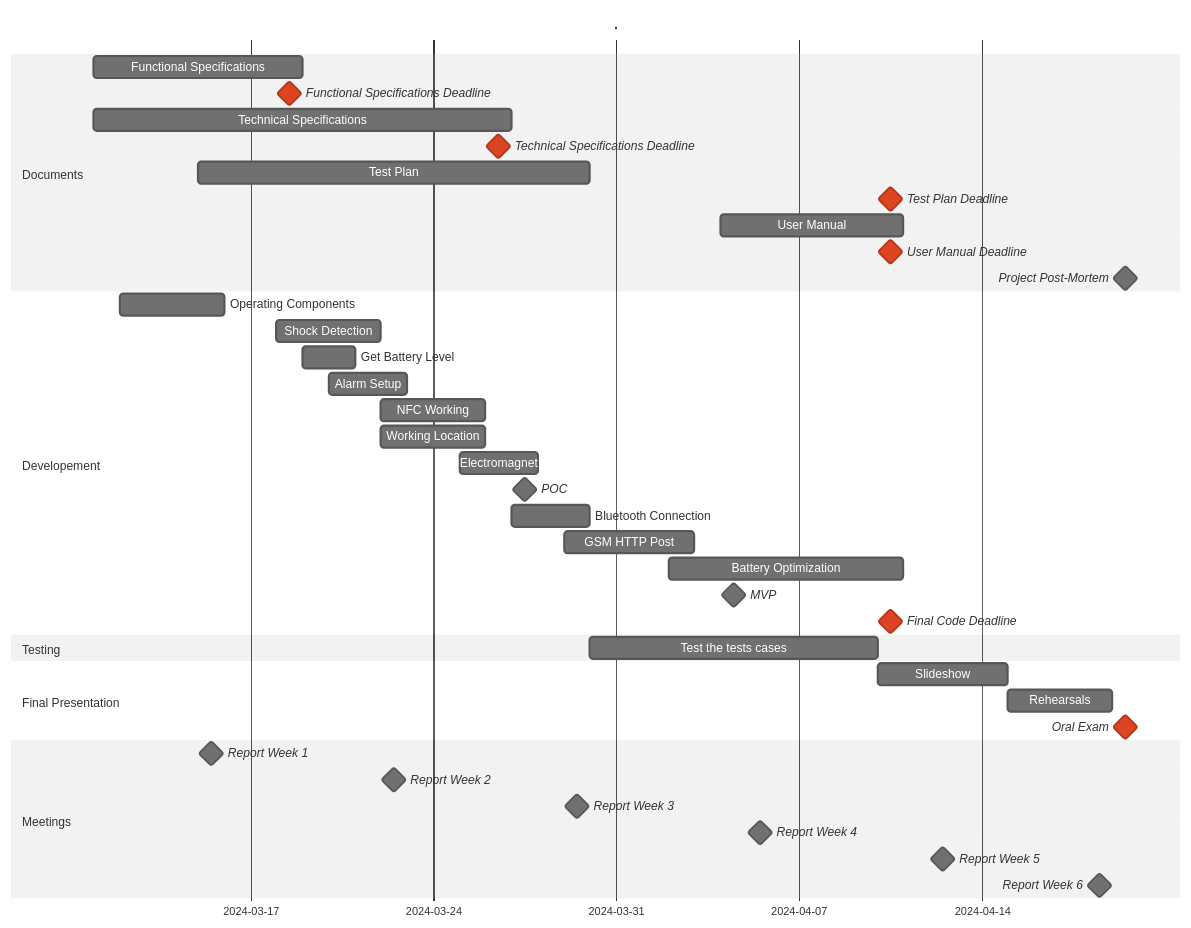
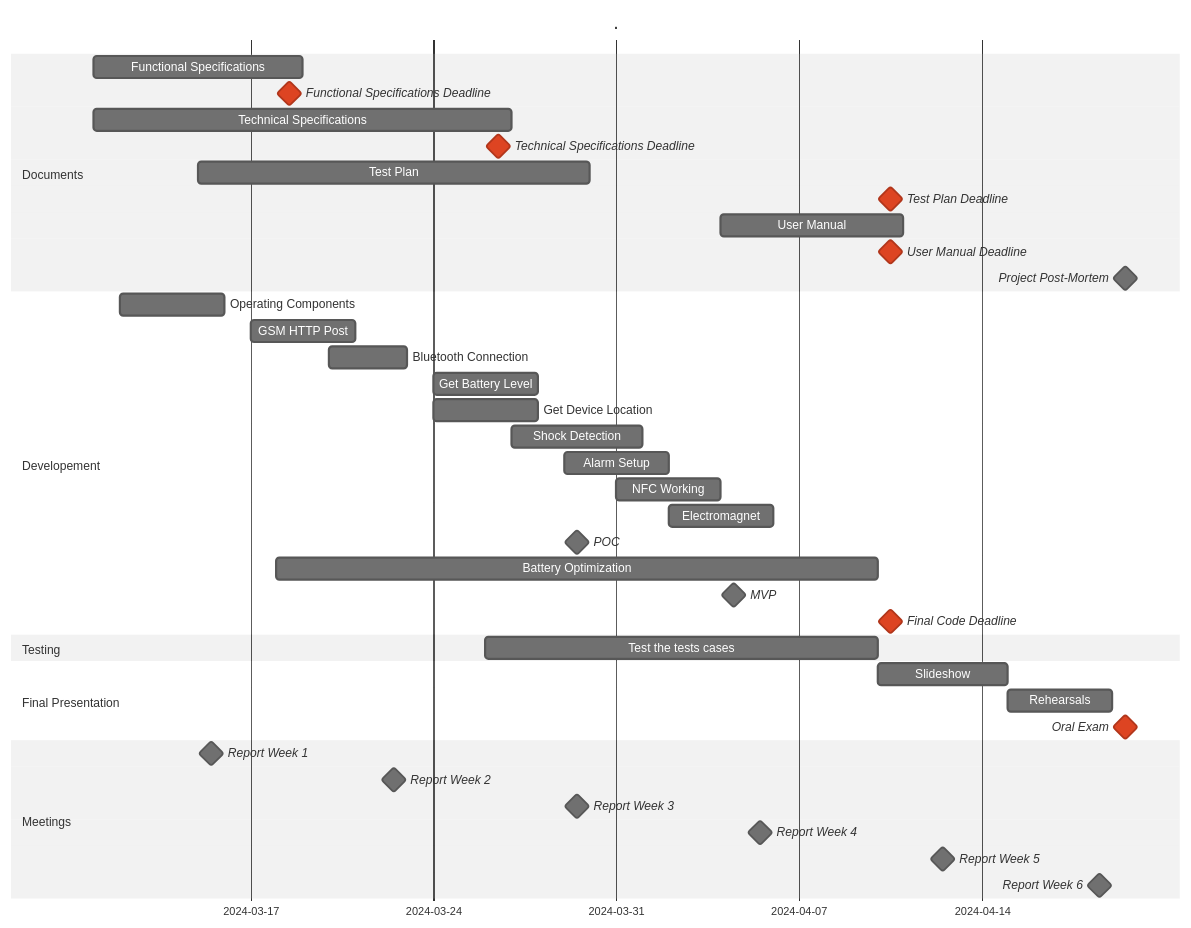
The second of 2 diagrams in Docs/Specifications/Functional-Specifications.md (algosup/2023-2024-project-4-sportshield-team-3), drawn with Mermaid (neutral theme) before and after one commit. The commit also changed other lines of this file and 1 other file, not shown here.

Commit message:
Update Gantt Charter

````diff
--- a/Docs/Specifications/Functional-Specifications.md
+++ b/Docs/Specifications/Functional-Specifications.md
@@ -219,47 +220,47 @@
 ```mermaid
 gantt
     title .
     dateFormat  YYYY-MM-DD
 
     section Documents
         Functional Specifications           :2024-03-11, 8d
         Functional Specifications Deadline  :crit, milestone, 2024-03-18, 1d
         Technical Specifications            :2024-03-11, 16d
         Technical Specifications Deadline   :crit, milestone, 2024-03-26, 1d
         Test Plan                           :2024-03-15, 15d
         Test Plan Deadline                  :crit, milestone, 2024-04-10, 1d
         User Manual                         :2024-04-04, 7d
         User Manual Deadline                :crit, milestone, 2024-04-10, 1d
         Project Post-Mortem                 :milestone, 2024-04-19, 1d
 
     section Developement
         Operating Components                :2024-03-12, 4d
-        Shock Detection                     :2024-03-18, 4d
-        Get Battery Level                   :2024-03-19, 2d
-        Alarm Setup                         :2024-03-20, 3d
-        NFC Working                         :2024-03-22, 4d
-        Working Location                    :2024-03-22, 4d
-        Electromagnet                       :2024-03-25, 3d
-        POC                                 :milestone, 2024-03-27, 1d
-        Bluetooth Connection                :2024-03-27, 3d
-        GSM HTTP Post                       :2024-03-29, 5d
-        Battery Optimization                :2024-04-02, 9d
+        GSM HTTP Post                       :2024-03-17, 4d
+        Bluetooth Connection                :2024-03-20, 3d
+        Get Battery Level                   :2024-03-24, 4d
+        Get Device Location                 :2024-03-24, 4d
+        Shock Detection                     :2024-03-27, 5d
+        Alarm Setup                         :2024-03-29, 4d
+        NFC Working                         :2024-03-31, 4d
+        Electromagnet                       :2024-04-02, 4d
+        POC                                 :milestone, 2024-03-29, 1d
+        Battery Optimization                :2024-03-18, 23d
         MVP                                 :milestone, 2024-04-04, 1d
         Final Code Deadline                 :crit, milestone, 2024-04-10, 1d
 
     section Testing
-        Test the tests cases                :2024-03-30, 11d
+        Test the tests cases                :2024-03-26, 15d
 
     section Final Presentation
         Slideshow                           :2024-04-10, 5d
         Rehearsals                          :2024-04-15, 4d
         Oral Exam                           :crit, milestone, 2024-04-19, 1d
 
     section Meetings
         Report Week 1                       :milestone, 2024-03-15, 1d
         Report Week 2                       :milestone, 2024-03-22, 1d
         Report Week 3                       :milestone, 2024-03-29, 1d
         Report Week 4                       :milestone, 2024-04-05, 1d
         Report Week 5                       :milestone, 2024-04-12, 1d
         Report Week 6                       :milestone, 2024-04-18, 1d
 ```
````
